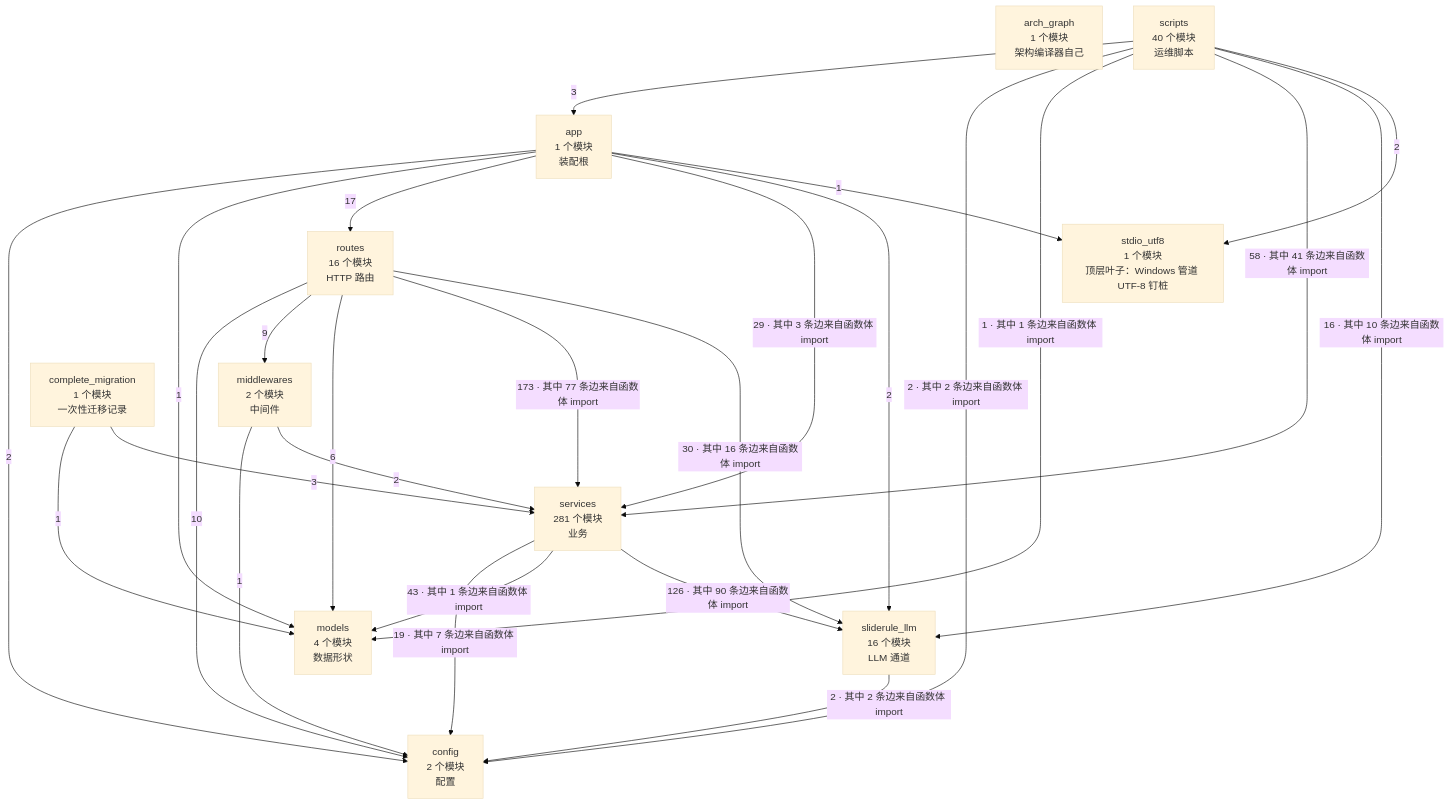
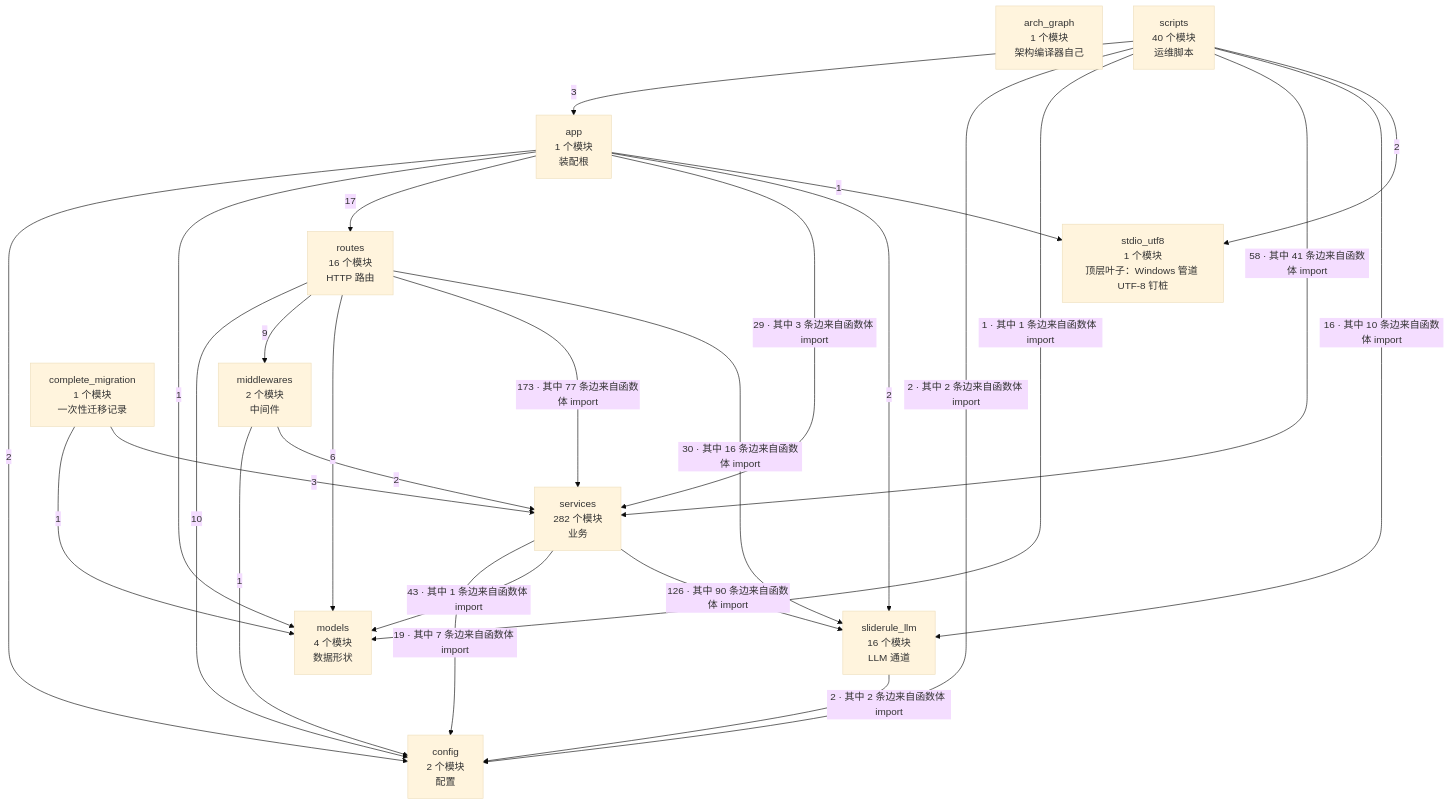
One commit to 2686521696/WhyBuddy changed the second of 4 diagrams in docs/SlideRule V6.2 架构图（自动生成）.md. Above: the diagram before and after it, drawn with Mermaid (base theme). The commit also changed other lines of this file and 15 other files, not shown here.

First line of the commit message:
模型能看图：view_image + browser_view 截图交给模型，只附在紧接着的那一次调用上

````diff
--- a/docs/SlideRule V6.2 架构图（自动生成）.md
+++ b/docs/SlideRule V6.2 架构图（自动生成）.md
@@ -62,39 +62,39 @@
 ```mermaid
 flowchart TB
   arch_graph["arch_graph<br/>1 个模块<br/>架构编译器自己"]
   config["config<br/>2 个模块<br/>配置"]
   models["models<br/>4 个模块<br/>数据形状"]
   stdio_utf8["stdio_utf8<br/>1 个模块<br/>顶层叶子：Windows 管道 UTF-8 钉桩"]
   sliderule_llm["sliderule_llm<br/>16 个模块<br/>LLM 通道"]
   middlewares["middlewares<br/>2 个模块<br/>中间件"]
-  services["services<br/>281 个模块<br/>业务"]
+  services["services<br/>282 个模块<br/>业务"]
   routes["routes<br/>16 个模块<br/>HTTP 路由"]
   app["app<br/>1 个模块<br/>装配根"]
   complete_migration["complete_migration<br/>1 个模块<br/>一次性迁移记录"]
   scripts["scripts<br/>40 个模块<br/>运维脚本"]
   app -->|2| config
   app -->|1| models
   app -->|17| routes
   app -->|29 · 其中 3 条边来自函数体 import| services
   app -->|2| sliderule_llm
   app -->|1| stdio_utf8
   complete_migration -->|1| models
   complete_migration -->|3| services
   middlewares -->|1| config
   middlewares -->|2| services
   routes -->|10| config
   routes -->|9| middlewares
   routes -->|6| models
   routes -->|173 · 其中 77 条边来自函数体 import| services
   routes -->|30 · 其中 16 条边来自函数体 import| sliderule_llm
   scripts -->|3| app
   scripts -->|2 · 其中 2 条边来自函数体 import| config
   scripts -->|1 · 其中 1 条边来自函数体 import| models
   scripts -->|58 · 其中 41 条边来自函数体 import| services
   scripts -->|16 · 其中 10 条边来自函数体 import| sliderule_llm
   scripts -->|2| stdio_utf8
   services -->|19 · 其中 7 条边来自函数体 import| config
   services -->|43 · 其中 1 条边来自函数体 import| models
   services -->|126 · 其中 90 条边来自函数体 import| sliderule_llm
   sliderule_llm -->|2 · 其中 2 条边来自函数体 import| config
 ```
````
